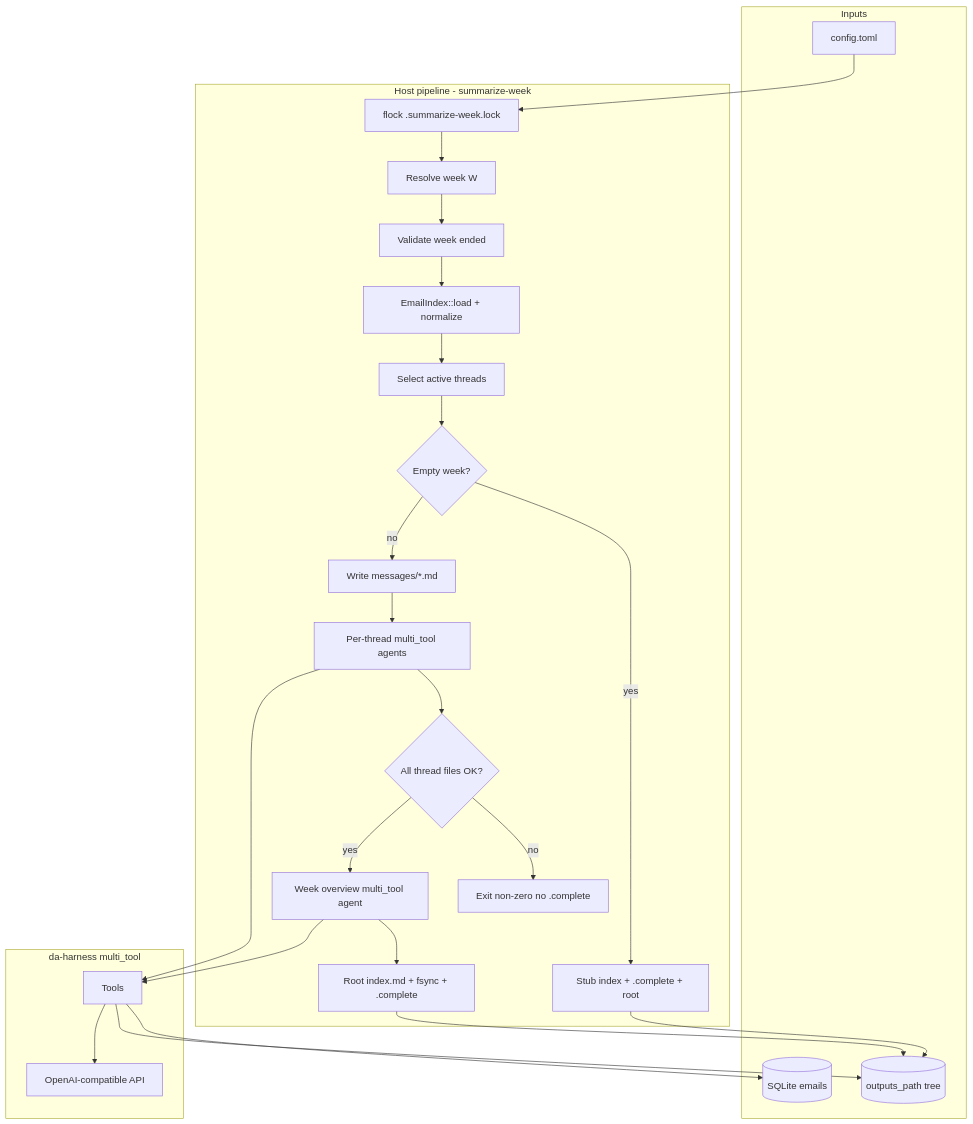
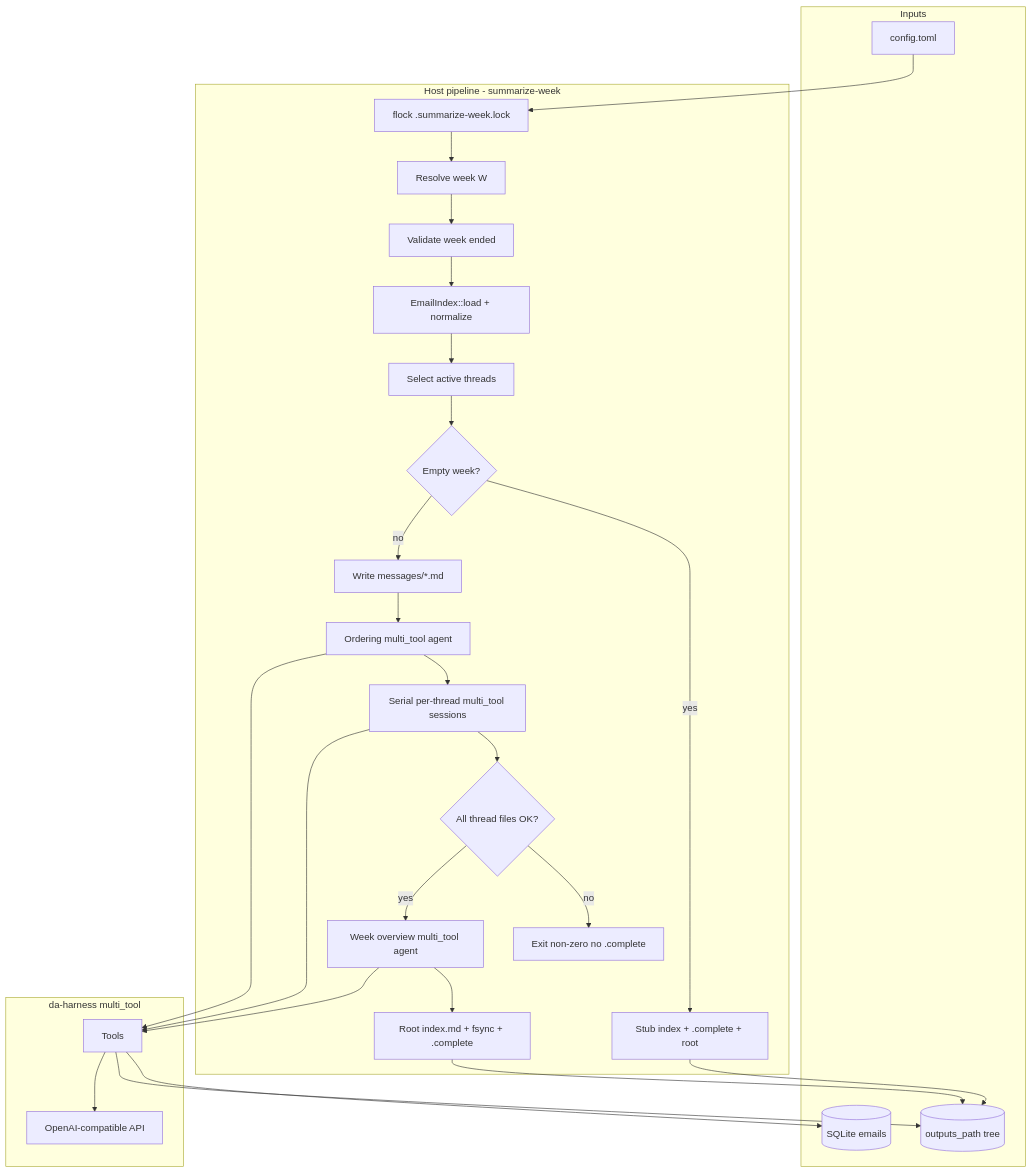
One commit to da-x/lore-journalist changed the first of 2 diagrams in doc/design.md. Above: the diagram before and after it, drawn with Mermaid. The commit also changed other lines of this file, not shown here.

First line of the commit message:
doc: update design to serial ordered thread agents

````diff
--- a/doc/design.md
+++ b/doc/design.md
@@ -143,42 +144,44 @@
 ```mermaid
 flowchart TB
   subgraph inputs [Inputs]
     CFG[config.toml]
     DB[(SQLite emails)]
     OUT[(outputs_path tree)]
   end
 
   subgraph host [Host pipeline - summarize-week]
     LOCK[flock .summarize-week.lock]
     RW[Resolve week W]
     VAL[Validate week ended]
     IDX[EmailIndex::load + normalize]
     SEL[Select active threads]
     EMP{Empty week?}
     STUB[Stub index + .complete + root]
     WM[Write messages/*.md]
-    TA[Per-thread multi_tool agents]
+    ORD[Ordering multi_tool agent]
+    TA[Serial per-thread multi_tool sessions]
     GATE{All thread files OK?}
     WA[Week overview multi_tool agent]
     ROOT[Root index.md + fsync + .complete]
     FAIL[Exit non-zero no .complete]
   end
 
   subgraph harness [da-harness multi_tool]
     TOOLS[Tools]
     LLM[OpenAI-compatible API]
   end
 
   CFG --> LOCK --> RW --> VAL --> IDX --> SEL --> EMP
   EMP -->|yes| STUB
-  EMP -->|no| WM --> TA --> GATE
+  EMP -->|no| WM --> ORD --> TA --> GATE
   GATE -->|no| FAIL
   GATE -->|yes| WA --> ROOT
+  ORD --> TOOLS
   TA --> TOOLS
   WA --> TOOLS
   TOOLS --> DB
   TOOLS --> OUT
   TOOLS --> LLM
   STUB --> OUT
   ROOT --> OUT
 ```
````
